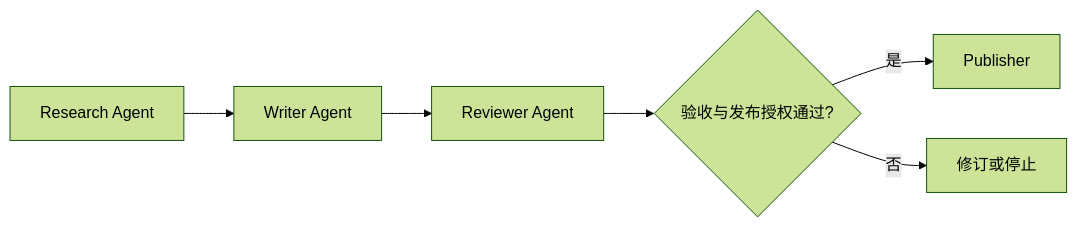
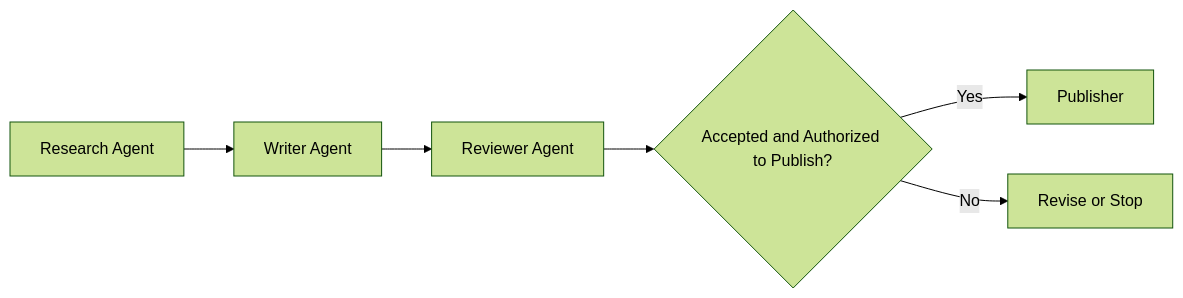
The second of 24 diagrams in docs/agent/04-multi-agent/13-multi-agent-coordination.md (oneleaveknowsthefall/awesome-ai-roadmap), drawn with Mermaid (forest theme) before and after one commit. The commit also changed other lines of this file and 68 other files, not shown here.

````diff
--- a/docs/agent/04-multi-agent/13-multi-agent-coordination.md
+++ b/docs/agent/04-multi-agent/13-multi-agent-coordination.md
@@ -58,8 +58,8 @@
 ```mermaid
 flowchart LR
     R[Research Agent] --> W[Writer Agent]
     W --> V[Reviewer Agent]
-    V --> G{验收与发布授权通过?}
-    G -->|是| P[Publisher]
-    G -->|否| RWORK[修订或停止]
+    V --> G{Accepted and Authorized to Publish?}
+    G -->|Yes| P[Publisher]
+    G -->|No| RWORK[Revise or Stop]
 ```
````
